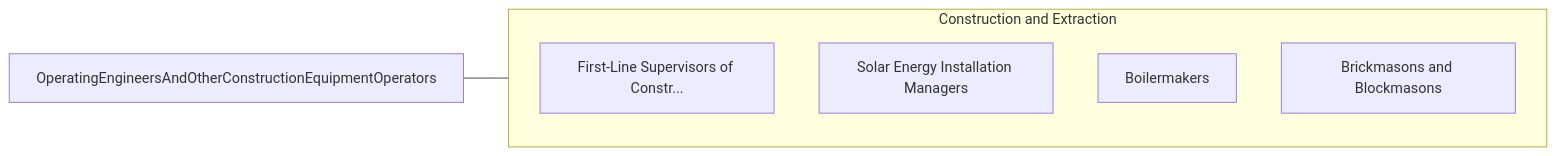
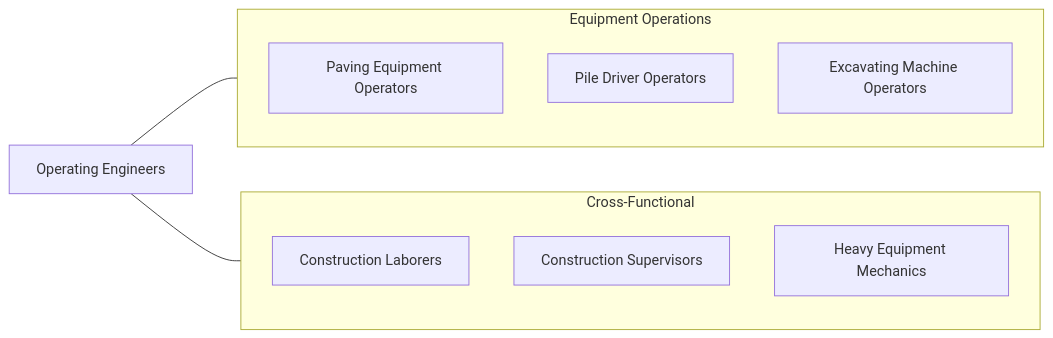
The fourth of 4 diagrams in occupations/Construction/OperatingEngineersAndOtherConstructionEquipmentOperators.mdx (kziemski/business.org.ai), drawn with Mermaid before and after one commit. The commit also changed other lines of this file and 938 other files, not shown here.

````diff
--- a/occupations/Construction/OperatingEngineersAndOtherConstructionEquipmentOperators.mdx
+++ b/occupations/Construction/OperatingEngineersAndOtherConstructionEquipmentOperators.mdx
@@ -107,13 +213,16 @@
 ```mermaid
 graph LR
-    Current["OperatingEngineersAndOtherConstructionEquipmentOperators"]
-
-    subgraph SameCategory["Construction and Extraction"]
-        FirstLineSupervisors["First-Line Supervisors of Constr..."]
-        SolarEnergyInstallat["Solar Energy Installation Managers"]
-        Boilermakers["Boilermakers"]
-        BrickmasonsAndBlockm["Brickmasons and Blockmasons"]
+    Current["Operating Engineers"]
+    subgraph SameCategory["Equipment Operations"]
+        Paving["Paving Equipment Operators"]
+        PileDriver["Pile Driver Operators"]
+        Mining["Excavating Machine Operators"]
     end
-
+    subgraph CrossFunctional["Cross-Functional"]
+        Laborer["Construction Laborers"]
+        Super["Construction Supervisors"]
+        Mechanic["Heavy Equipment Mechanics"]
+    end
     Current --- SameCategory
+    Current --- CrossFunctional
 ```
````
